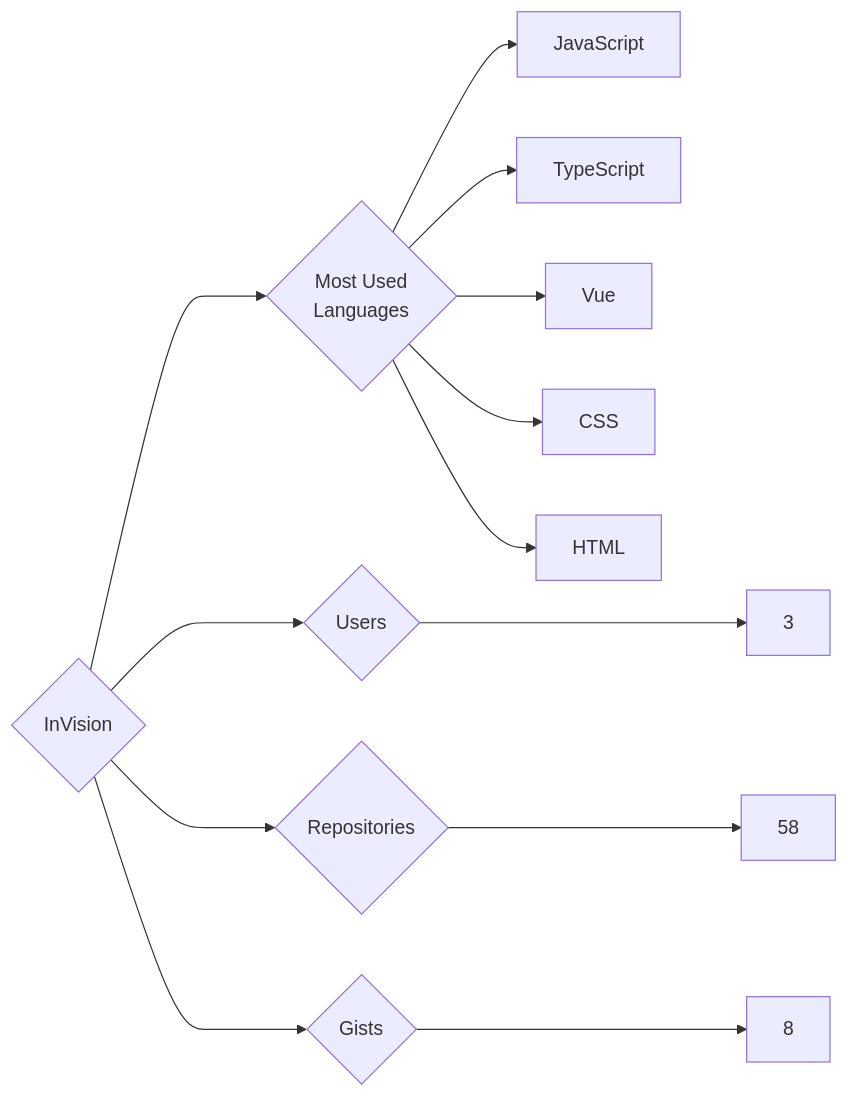
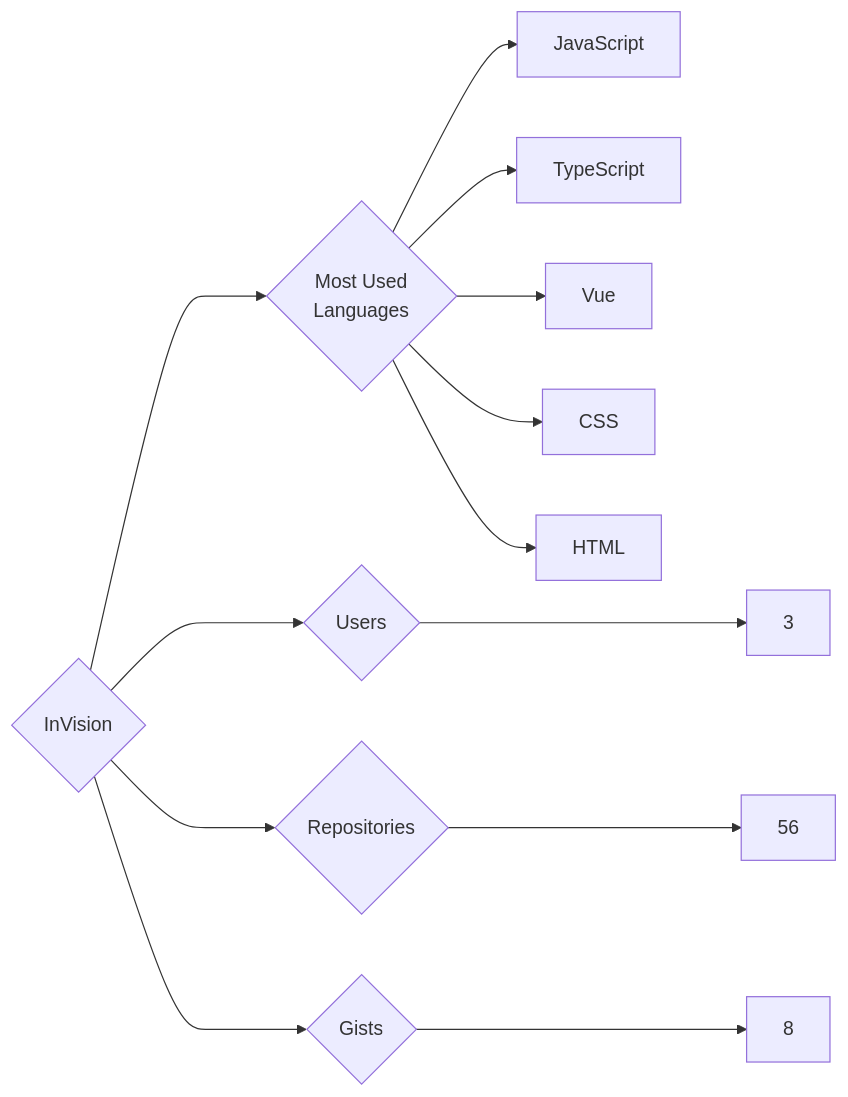
One commit to trickest/insiders changed the diagram in targets/InVision/README.md. Above: the diagram before and after it, drawn with Mermaid. The commit also changed 682 other files, not shown here.

````diff
--- a/targets/InVision/README.md
+++ b/targets/InVision/README.md
@@ -3,13 +3,13 @@
 ```mermaid
 graph LR
 COMPANY_NAME{InVision}
 COMPANY_NAME ---> U{Users} ---> UN[3]
-COMPANY_NAME ---> R{Repositories} ---> RN[58]
+COMPANY_NAME ---> R{Repositories} ---> RN[56]
 COMPANY_NAME ---> G{Gists} ---> GN[8]
 COMPANY_NAME ---> ML{Most Used<br>Languages}
 ML --> JavaScript[JavaScript]
 ML --> TypeScript[TypeScript]
 ML --> Vue[Vue]
 ML --> CSS[CSS]
 ML --> HTML[HTML]
 ```
````
